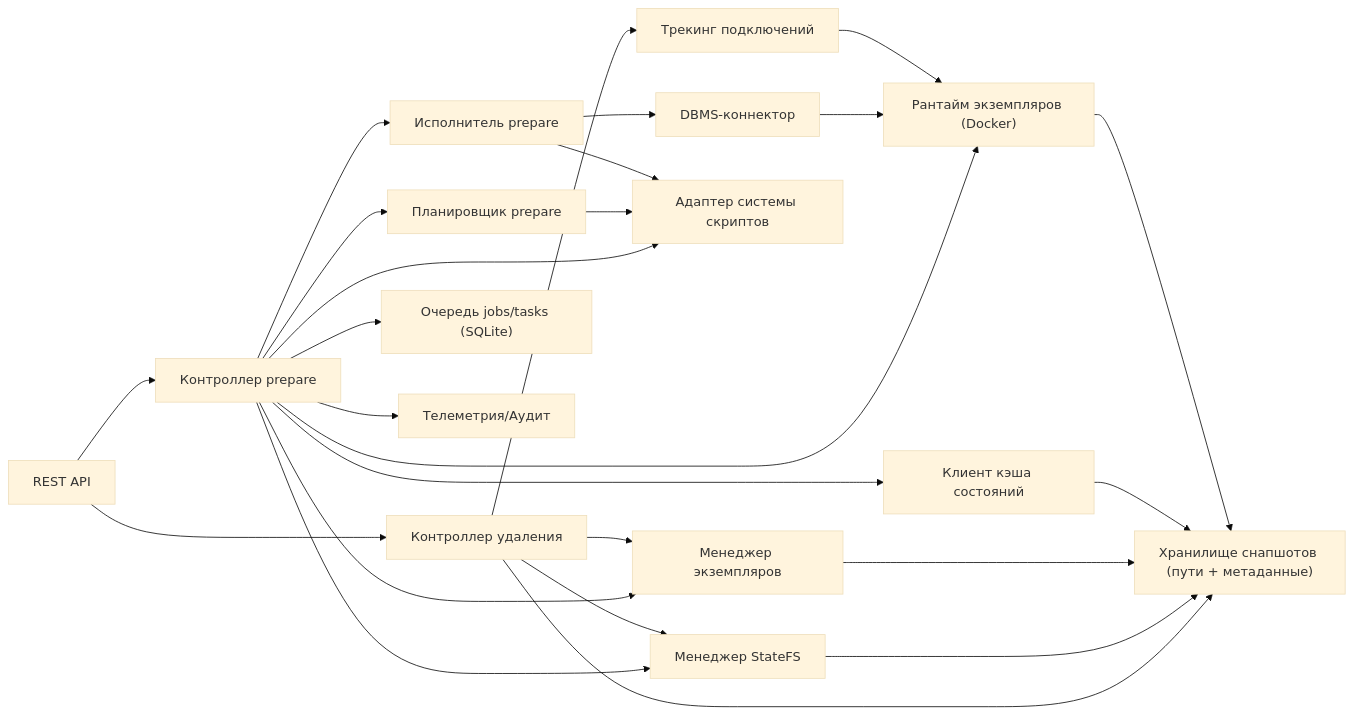
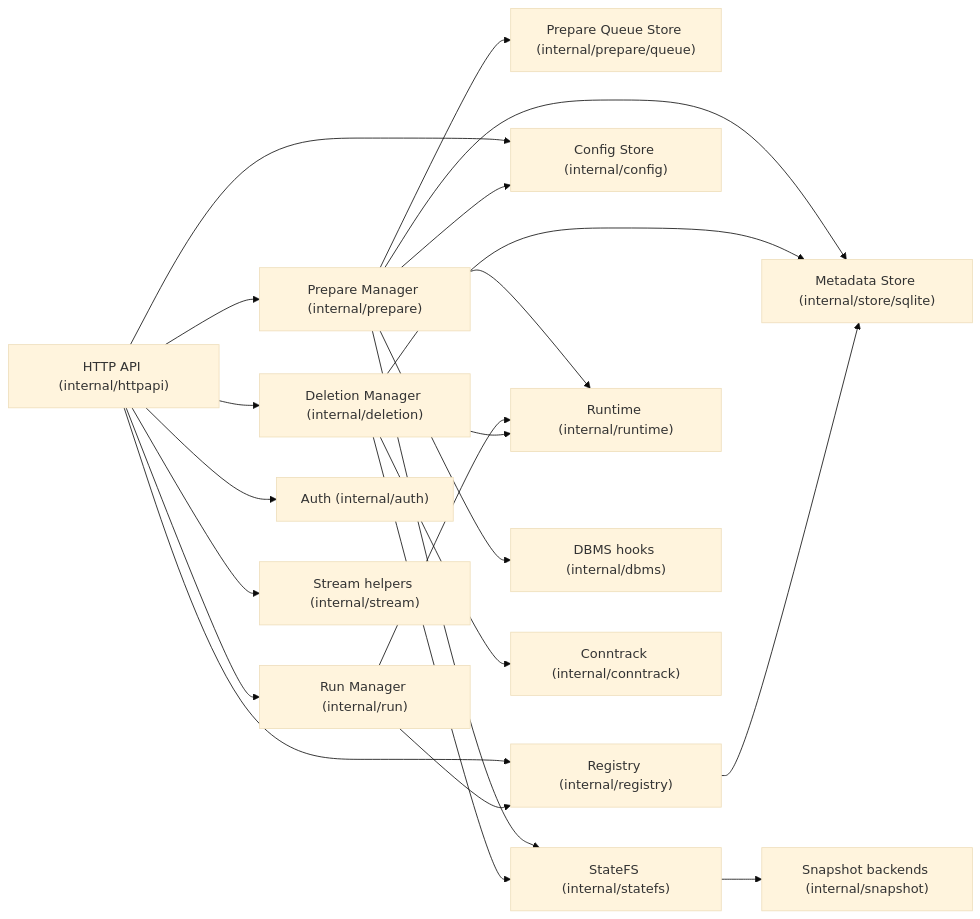
One commit to kimak-irmagi/taidon changed the first of 5 diagrams in docs/architecture/engine-internals.RU.md. Above: the diagram before and after it, drawn with Mermaid (base theme). The commit also changed other lines of this file and 9 other files, not shown here.

````diff
--- a/docs/architecture/engine-internals.RU.md
+++ b/docs/architecture/engine-internals.RU.md
@@ -7,43 +7,44 @@
 ```mermaid
 flowchart LR
-  API[REST API]
-  CTRL["Контроллер prepare"]
-  DEL["Контроллер удаления"]
-  PLAN["Планировщик prepare"]
-  EXEC["Исполнитель prepare"]
-  CACHE[Клиент кэша состояний]
-  SNAP["Менеджер StateFS"]
-  QSTORE["Очередь jobs/tasks (SQLite)"]
-  RUNTIME["Рантайм экземпляров (Docker)"]
-  DBMS["DBMS-коннектор"]
-  ADAPTER["Адаптер системы скриптов"]
-  INST["Менеджер экземпляров"]
-  CONN["Трекинг подключений"]
-  STORE["Хранилище снапшотов (пути + метаданные)"]
-  OBS[Телеметрия/Аудит]
+  API["HTTP API (internal/httpapi)"]
+  PREP["Prepare Manager (internal/prepare)"]
+  QUEUE["Prepare Queue Store (internal/prepare/queue)"]
+  RUN["Run Manager (internal/run)"]
+  DEL["Deletion Manager (internal/deletion)"]
+  REG["Registry (internal/registry)"]
+  CFG["Config Store (internal/config)"]
+  AUTH["Auth (internal/auth)"]
+  STREAM["Stream helpers (internal/stream)"]
+  STORE["Metadata Store (internal/store/sqlite)"]
+  STATEFS["StateFS (internal/statefs)"]
+  SNAPSHOT["Snapshot backends (internal/snapshot)"]
+  RT["Runtime (internal/runtime)"]
+  DBMS["DBMS hooks (internal/dbms)"]
+  CONN["Conntrack (internal/conntrack)"]
 
-  API --> CTRL
+  API --> AUTH
+  API --> PREP
+  API --> RUN
   API --> DEL
-  CTRL --> PLAN
-  CTRL --> EXEC
-  CTRL --> CACHE
-  CTRL --> SNAP
-  CTRL --> QSTORE
-  CTRL --> RUNTIME
-  CTRL --> ADAPTER
-  CTRL --> INST
-  CTRL --> OBS
-  DEL --> INST
-  DEL --> SNAP
+  API --> REG
+  API --> CFG
+  API --> STREAM
+
+  PREP --> QUEUE
+  PREP --> STORE
+  PREP --> STATEFS
+  PREP --> RT
+  PREP --> DBMS
+  PREP --> CFG
+
+  RUN --> REG
+  RUN --> RT
+
   DEL --> STORE
   DEL --> CONN
-  PLAN --> ADAPTER
-  EXEC --> ADAPTER
-  EXEC --> DBMS
-  DBMS --> RUNTIME
-  SNAP --> STORE
-  INST --> STORE
-  CACHE --> STORE
-  RUNTIME --> STORE
-  CONN --> RUNTIME
+  DEL --> RT
+  DEL --> STATEFS
+
+  REG --> STORE
+  STATEFS --> SNAPSHOT
 ```
````
